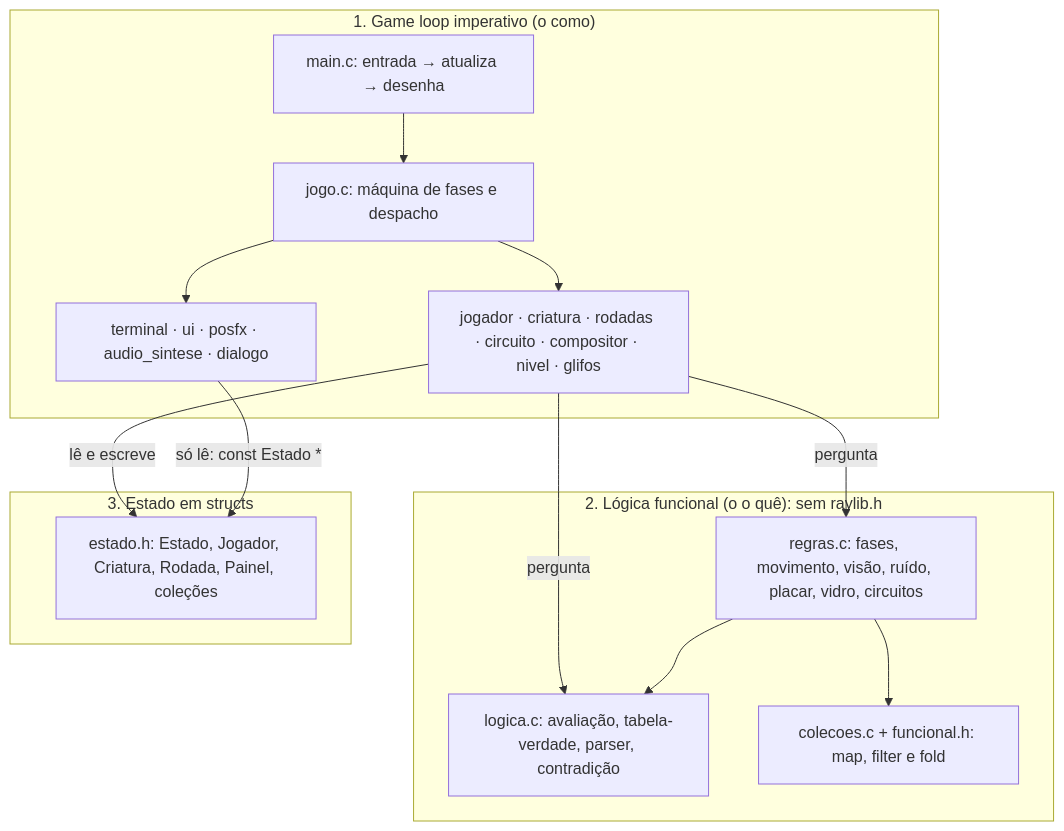
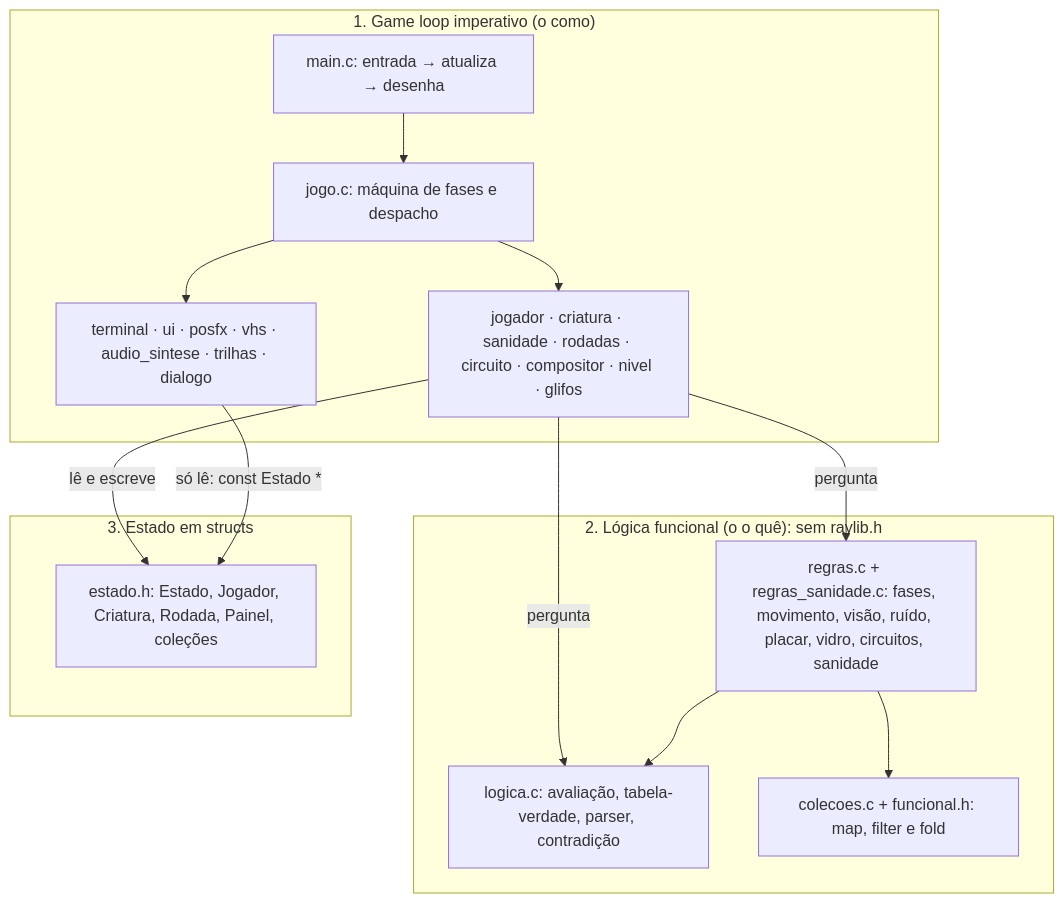
The diagram in README.md (Cgroup-cesar/projeto-integrador-jogo), drawn with Mermaid before and after one commit. The commit also changed other lines of this file, not shown here.

Commit message:
docs: README com a sanidade, o filtro VHS, a história nova, testes e créditos atualizados

````diff
--- a/README.md
+++ b/README.md
@@ -160,25 +174,25 @@
 ```mermaid
 flowchart TB
     subgraph LOOP["1. Game loop imperativo (o como)"]
         main["main.c: entrada → atualiza → desenha"]
         jogo["jogo.c: máquina de fases e despacho"]
-        mods["jogador · criatura · rodadas · circuito · compositor · nivel · glifos"]
-        tela["terminal · ui · posfx · audio_sintese · dialogo"]
+        mods["jogador · criatura · sanidade · rodadas · circuito · compositor · nivel · glifos"]
+        tela["terminal · ui · posfx · vhs · audio_sintese · trilhas · dialogo"]
     end
     subgraph DECIDE["2. Lógica funcional (o o quê): sem raylib.h"]
         logica["logica.c: avaliação, tabela-verdade, parser, contradição"]
-        regras["regras.c: fases, movimento, visão, ruído, placar, vidro, circuitos"]
+        regras["regras.c + regras_sanidade.c: fases, movimento, visão, ruído, placar, vidro, circuitos, sanidade"]
         col["colecoes.c + funcional.h: map, filter e fold"]
     end
     subgraph ESTADO["3. Estado em structs"]
         est["estado.h: Estado, Jogador, Criatura, Rodada, Painel, coleções"]
     end
     main --> jogo --> mods
     jogo --> tela
     mods -->|pergunta| regras
     mods -->|pergunta| logica
     regras --> logica
     regras --> col
     mods -->|lê e escreve| est
     tela -->|só lê: const Estado *| est
 ```
````
